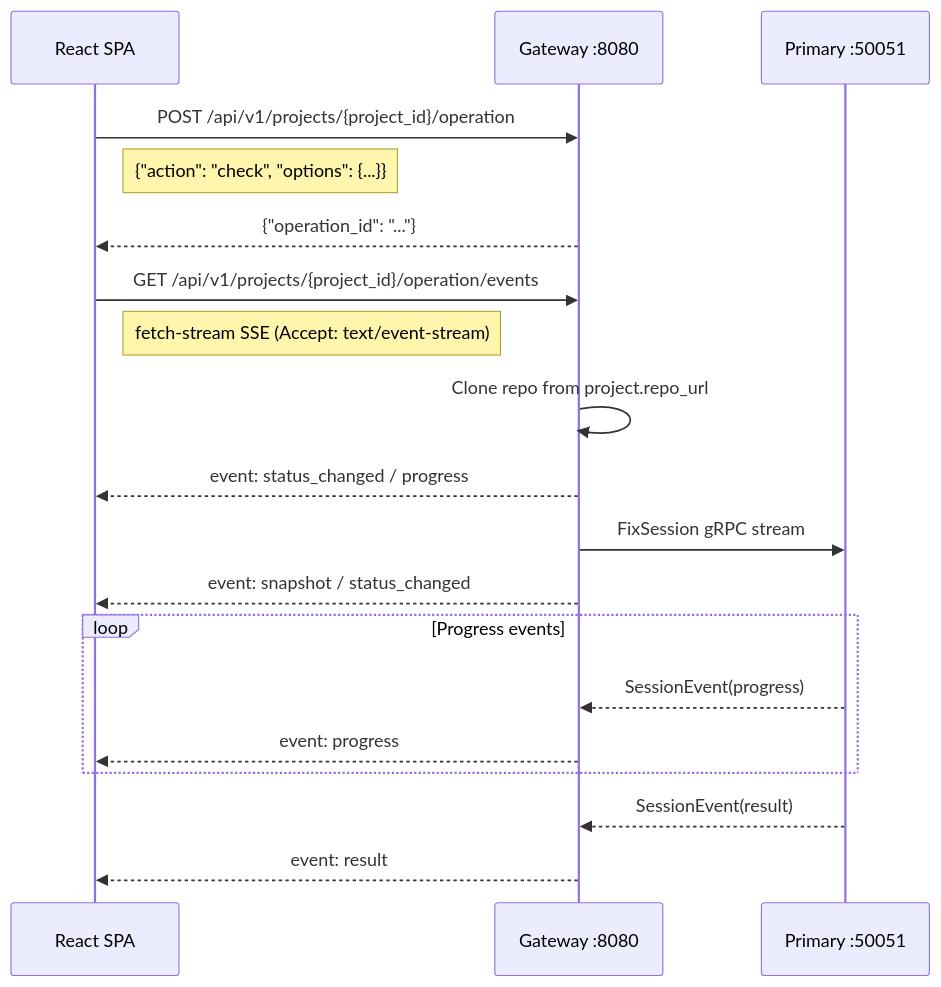
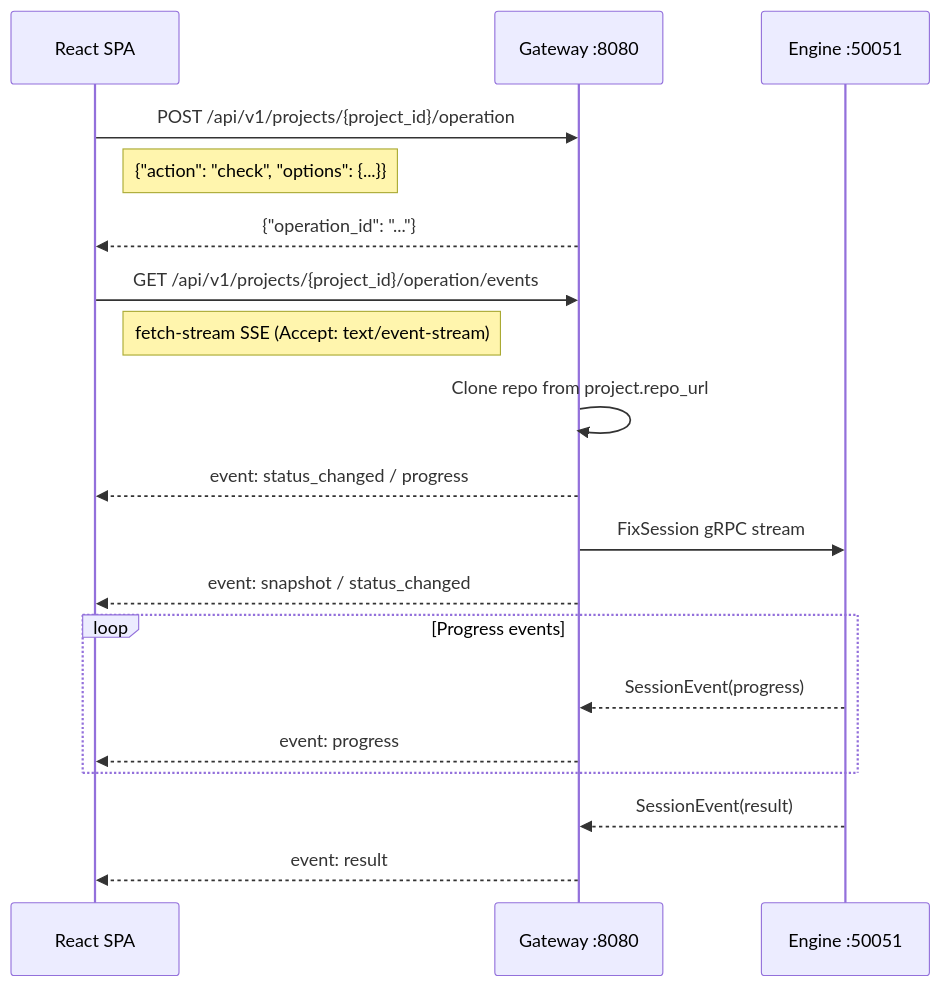
The first of 2 diagrams in docs/architecture/14-ui-integration.md (ansible/apme), drawn with Mermaid before and after one commit. The commit also changed other lines of this file and 218 other files, not shown here.

First line of the commit message:
refactor: rename Primary orchestrator to Engine (#500)

````diff
--- a/docs/architecture/14-ui-integration.md
+++ b/docs/architecture/14-ui-integration.md
@@ -100,26 +100,26 @@
 ```mermaid
 sequenceDiagram
     participant UI as React SPA
     participant GW as Gateway :8080
-    participant Primary as Primary :50051
+    participant Engine as Engine :50051
 
     UI->>GW: POST /api/v1/projects/{project_id}/operation
     Note right of UI: {"action": "check", "options": {...}}
     GW-->>UI: {"operation_id": "..."}
 
     UI->>GW: GET /api/v1/projects/{project_id}/operation/events
     Note right of UI: fetch-stream SSE (Accept: text/event-stream)
 
     GW->>GW: Clone repo from project.repo_url
     GW-->>UI: event: status_changed / progress
-    GW->>Primary: FixSession gRPC stream
+    GW->>Engine: FixSession gRPC stream
     GW-->>UI: event: snapshot / status_changed
 
     loop Progress events
-        Primary-->>GW: SessionEvent(progress)
+        Engine-->>GW: SessionEvent(progress)
         GW-->>UI: event: progress
     end
 
-    Primary-->>GW: SessionEvent(result)
+    Engine-->>GW: SessionEvent(result)
     GW-->>UI: event: result
 ```
````
